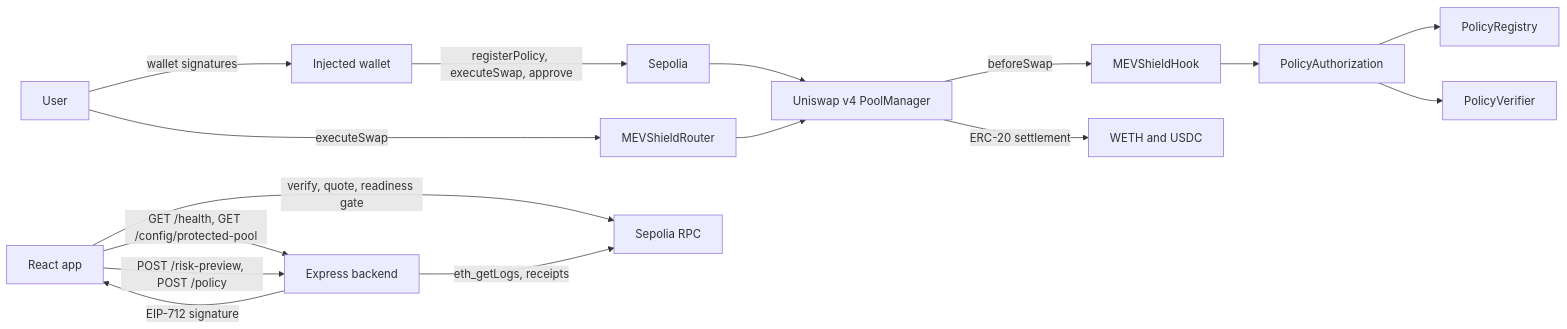
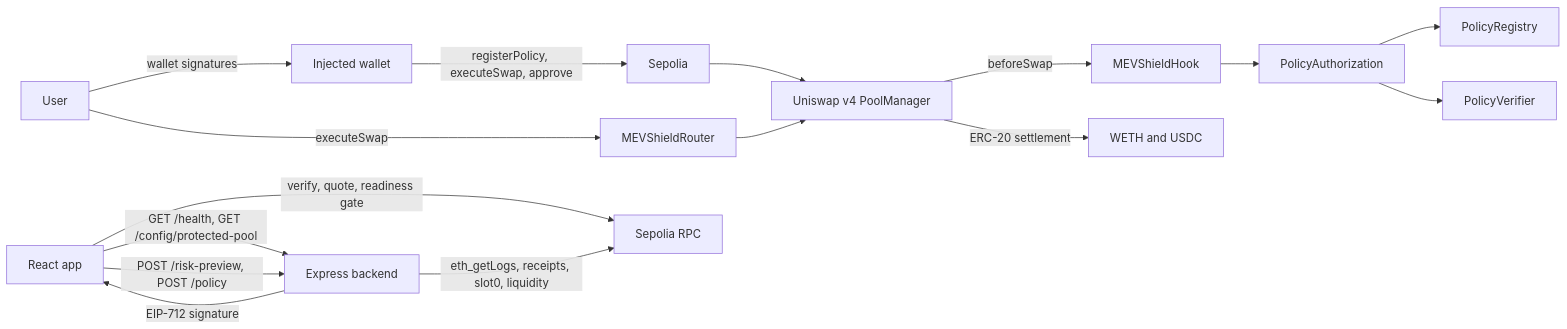
One commit to IsholaAtotimati/MEVSHIELD_NEW changed the first of 2 diagrams in docs/architecture/overview.md. Above: the diagram before and after it, drawn with Mermaid. The commit also changed other lines of this file and 4 other files, not shown here.

````diff
--- a/docs/architecture/overview.md
+++ b/docs/architecture/overview.md
@@ -22,18 +22,18 @@
 ```mermaid
 graph LR
   user["User"] -->|"wallet signatures"| wallet["Injected wallet"]
   wallet -->|"registerPolicy, executeSwap, approve"| chain["Sepolia"]
   browser["React app"] -->|"verify, quote, readiness gate"| rpc["Sepolia RPC"]
   browser -->|"GET /health, GET /config/protected-pool"| backend["Express backend"]
   browser -->|"POST /risk-preview, POST /policy"| backend
   backend -->|"EIP-712 signature"| browser
-  backend -->|"eth_getLogs, receipts"| rpc
+  backend -->|"eth_getLogs, receipts, slot0, liquidity"| rpc
   chain --> poolmanager["Uniswap v4 PoolManager"]
   poolmanager -->|"beforeSwap"| hook["MEVShieldHook"]
   hook --> authorization["PolicyAuthorization"]
   authorization --> registry["PolicyRegistry"]
   authorization --> verifier["PolicyVerifier"]
   user -->|"executeSwap"| router["MEVShieldRouter"]
   router --> poolmanager
   poolmanager -->|"ERC-20 settlement"| tokens["WETH and USDC"]
 ```
````
